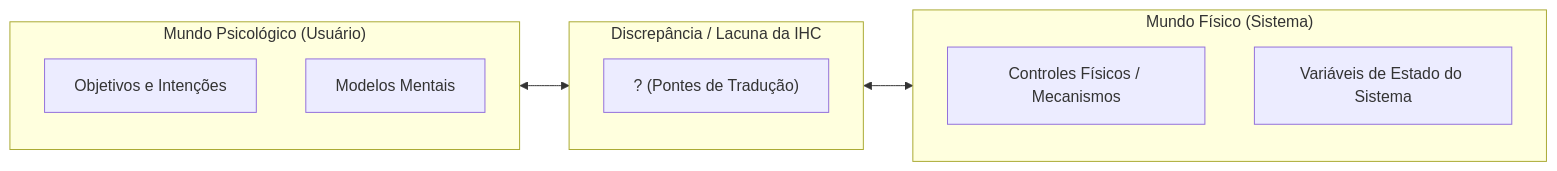
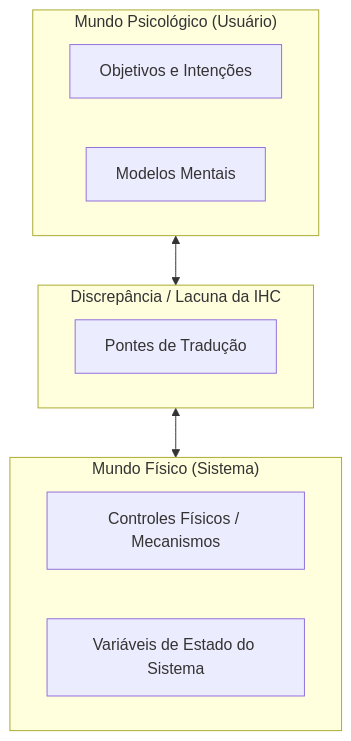
Before and after one commit to leorruas/puc: the diagram in 08. Design de Interacao/08. Engenharia cognitiva e os problemas da interação usuário-sistema.md, drawn with Mermaid. The commit also changed 8 other files, not shown here.

Commit message:
style(mermaid): refactor diagrams to vertical TD flow and add Mermaid guidelines to AGENTS.md

````diff
--- a/08. Design de Interacao/08. Engenharia cognitiva e os problemas da interação usuário-sistema.md
+++ b/08. Design de Interacao/08. Engenharia cognitiva e os problemas da interação usuário-sistema.md
@@ -49,19 +49,19 @@
 ```mermaid
-graph LR
+graph TD
     subgraph Psicologico ["Mundo Psicológico (Usuário)"]
         A["Objetivos e Intenções"]
         B["Modelos Mentais"]
     end
     
     subgraph Discrepancia ["Discrepância / Lacuna da IHC"]
-        C["? (Pontes de Tradução)"]
+        C["Pontes de Tradução"]
     end
     
     subgraph Fisico ["Mundo Físico (Sistema)"]
         D["Controles Físicos / Mecanismos"]
         E["Variáveis de Estado do Sistema"]
     end
     
     Psicologico <--> Discrepancia
     Discrepancia <--> Fisico
 ```
````
